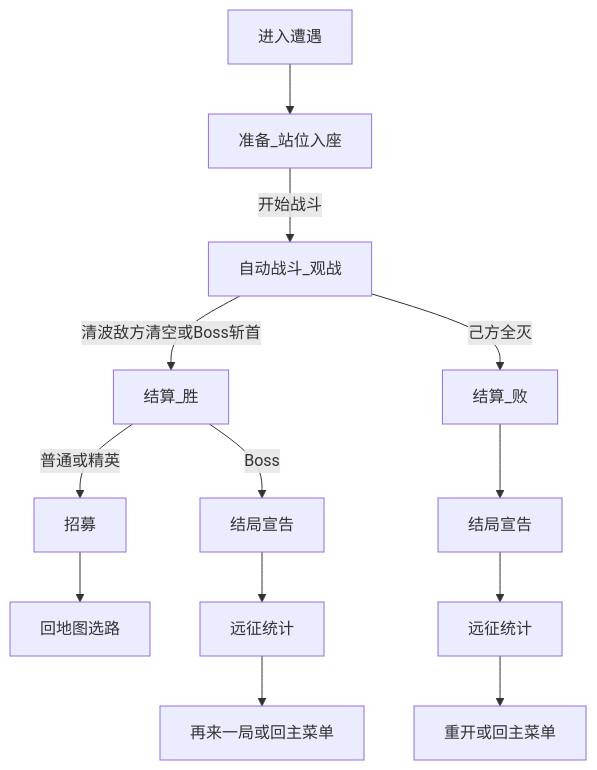
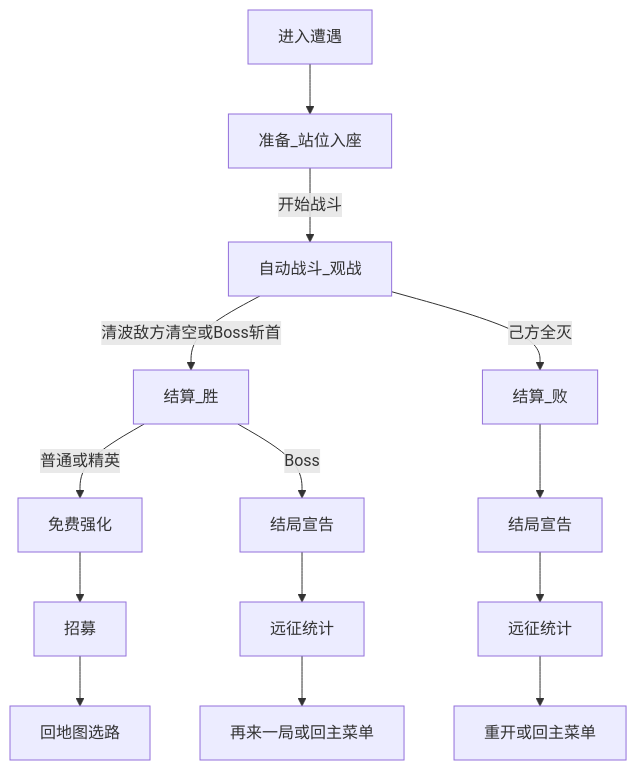
One commit to Kanerickyz/project-autochess changed the diagram in Documents/Features/COMBAT.md. Above: the diagram before and after it, drawn with Mermaid. The commit also changed other lines of this file and 15 other files, not shown here.

````diff
--- a/Documents/Features/COMBAT.md
+++ b/Documents/Features/COMBAT.md
@@ -93,10 +93,10 @@
 ```mermaid
 flowchart TD
   Enter[进入遭遇] --> Prep[准备_站位入座]
   Prep -->|开始战斗| Combat[自动战斗_观战]
   Combat -->|清波敌方清空或Boss斩首| WinResolve[结算_胜]
   Combat -->|己方全灭| LoseResolve[结算_败]
-  WinResolve -->|普通或精英| Recruit[招募] --> BackMap[回地图选路]
+  WinResolve -->|普通或精英| Boost[免费强化] --> Recruit[招募] --> BackMap[回地图选路]
   WinResolve -->|Boss| RunResult[结局宣告] --> RunStats[远征统计] --> RunWin[再来一局或回主菜单]
   LoseResolve --> RunLoseResult[结局宣告] --> RunLoseStats[远征统计] --> RunLose[重开或回主菜单]
 ```
````
